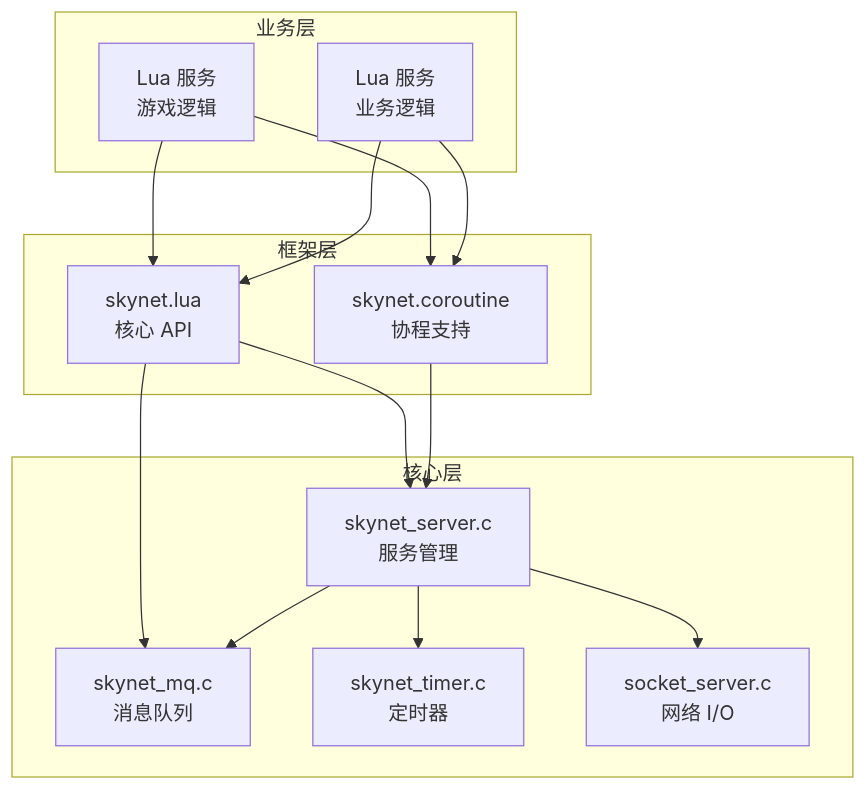
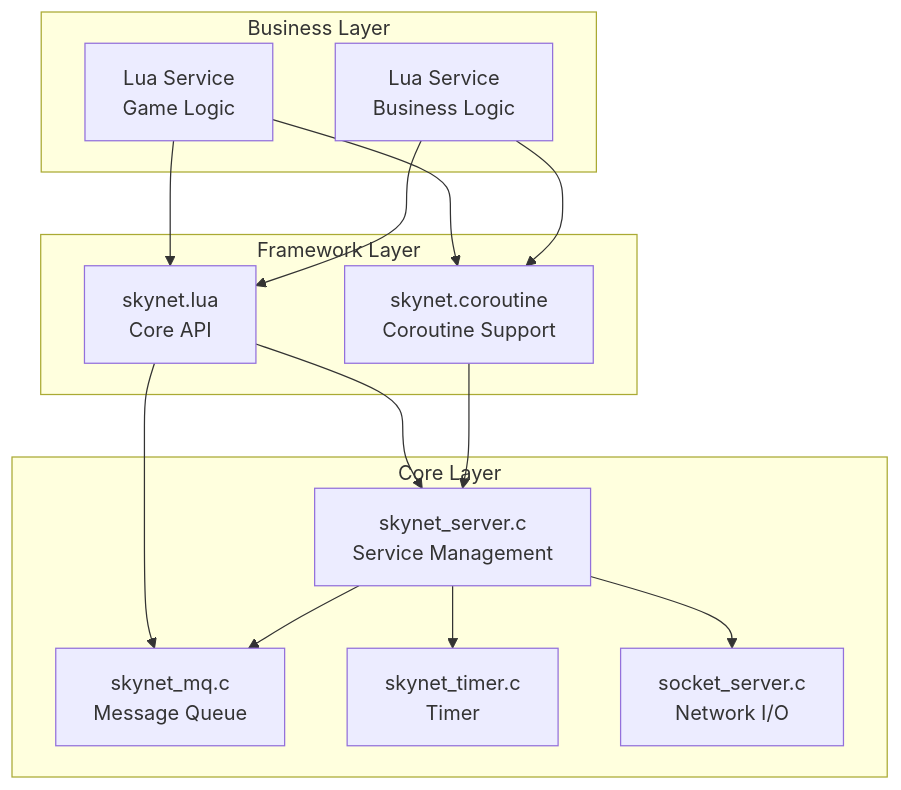
Before and after one commit to cuihairu/skynet: the first of 7 diagrams in docs/architecture/overview.md, drawn with Mermaid. The commit also changed other lines of this file and 86 other files, not shown here.

````diff
--- a/docs/architecture/overview.md
+++ b/docs/architecture/overview.md
@@ -51,30 +51,30 @@
 ```mermaid
 graph TB
-    subgraph 业务层
-        L1[Lua 服务<br/>游戏逻辑]
-        L2[Lua 服务<br/>业务逻辑]
+    subgraph Business Layer
+        L1[Lua Service<br/>Game Logic]
+        L2[Lua Service<br/>Business Logic]
     end
     
-    subgraph 框架层
-        F1[skynet.lua<br/>核心 API]
-        F2[skynet.coroutine<br/>协程支持]
+    subgraph Framework Layer
+        F1[skynet.lua<br/>Core API]
+        F2[skynet.coroutine<br/>Coroutine Support]
     end
     
-    subgraph 核心层
-        C1[skynet_server.c<br/>服务管理]
-        C2[skynet_mq.c<br/>消息队列]
-        C3[skynet_timer.c<br/>定时器]
-        C4[socket_server.c<br/>网络 I/O]
+    subgraph Core Layer
+        C1[skynet_server.c<br/>Service Management]
+        C2[skynet_mq.c<br/>Message Queue]
+        C3[skynet_timer.c<br/>Timer]
+        C4[socket_server.c<br/>Network I/O]
     end
     
     L1 --> F1
     L2 --> F1
     L1 --> F2
     L2 --> F2
     F1 --> C1
     F1 --> C2
     F2 --> C1
     C1 --> C2
     C1 --> C3
     C1 --> C4
 ```
````
